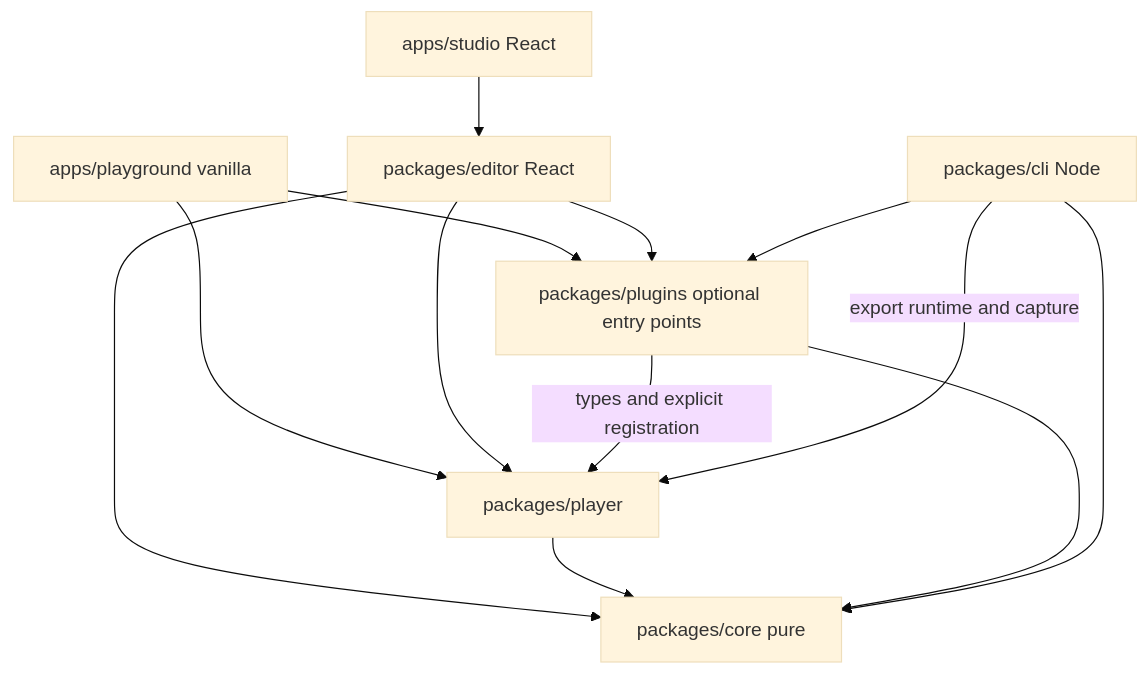
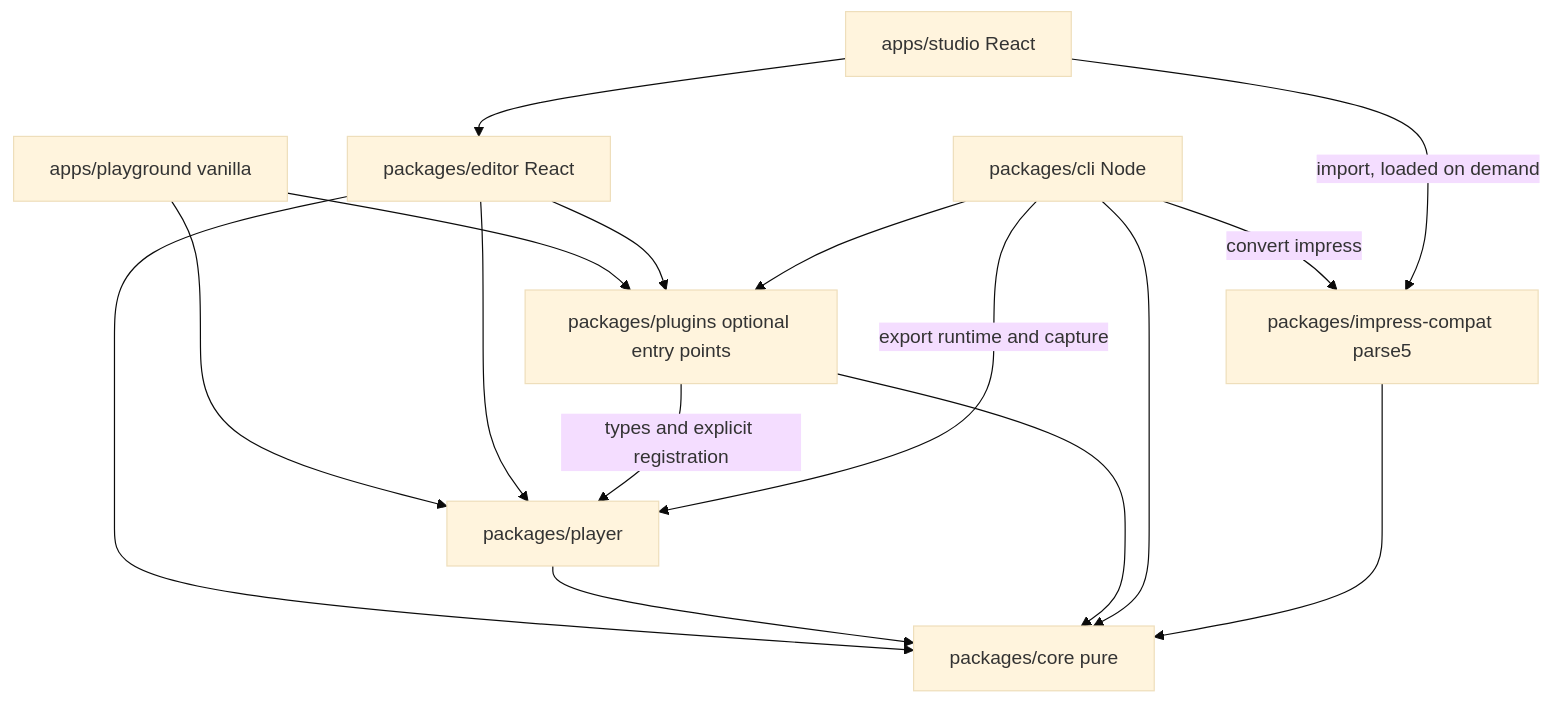
Before and after one commit to XCursus/xcursus: the diagram in docs/ARCHITECTURE.md, drawn with Mermaid (base theme). The commit also changed other lines of this file and 16 other files, not shown here.

First line of the commit message:
[docs] 1.0 candidate: impress.js import guide, release blockers, project documents

````diff
--- a/docs/ARCHITECTURE.md
+++ b/docs/ARCHITECTURE.md
@@ -42,15 +43,18 @@
 ```mermaid
 flowchart TD
   playground[apps/playground vanilla] --> player[packages/player]
   playground --> plugins
   studio[apps/studio React] --> editor[packages/editor React]
   editor --> player
   editor --> core[packages/core pure]
   editor --> plugins[packages/plugins optional entry points]
   player --> core
   plugins --> core
   plugins -->|types and explicit registration| player
   cli[packages/cli Node] --> core
   cli -->|export runtime and capture| player
   cli --> plugins
+  impress[packages/impress-compat parse5] --> core
+  cli -->|convert impress| impress
+  studio -->|import, loaded on demand| impress
 ```
````
